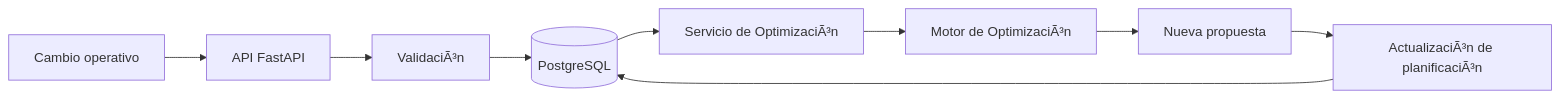
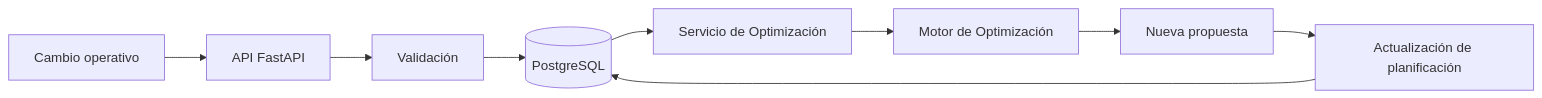
One commit to LeeoGold/EcoLogistics changed the fifth of 5 diagrams in docs/01 Inicio/12. Modelo C4 V_1_1_0.md. Above: the diagram before and after it, drawn with Mermaid. The commit also changed other lines of this file and 12 other files, not shown here.

````diff
--- a/docs/01 Inicio/12. Modelo C4 V_1_1_0.md
+++ b/docs/01 Inicio/12. Modelo C4 V_1_1_0.md
@@ -351,20 +351,20 @@
 ```mermaid
 flowchart LR
     CAMBIO["Cambio operativo"]
     API["API FastAPI"]
-    VALID["ValidaciÃ³n"]
+    VALID["Validación"]
     DATOS[("PostgreSQL")]
-    OPTSERV["Servicio de OptimizaciÃ³n"]
-    MOTOR["Motor de OptimizaciÃ³n"]
+    OPTSERV["Servicio de Optimización"]
+    MOTOR["Motor de Optimización"]
     NUEVA["Nueva propuesta"]
-    ACTUALIZA["ActualizaciÃ³n de planificaciÃ³n"]
+    ACTUALIZA["Actualización de planificación"]
 
     CAMBIO --> API
     API --> VALID
     VALID --> DATOS
     DATOS --> OPTSERV
     OPTSERV --> MOTOR
     MOTOR --> NUEVA
     NUEVA --> ACTUALIZA
     ACTUALIZA --> DATOS
 ```
````
